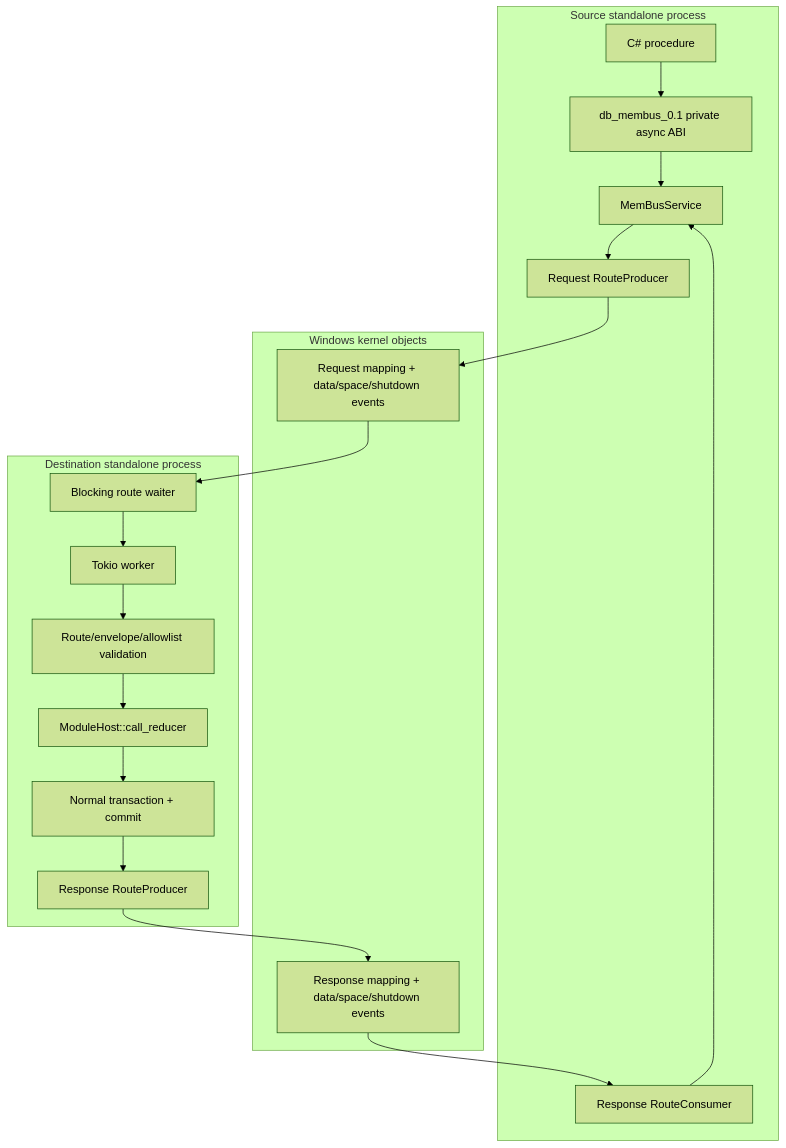
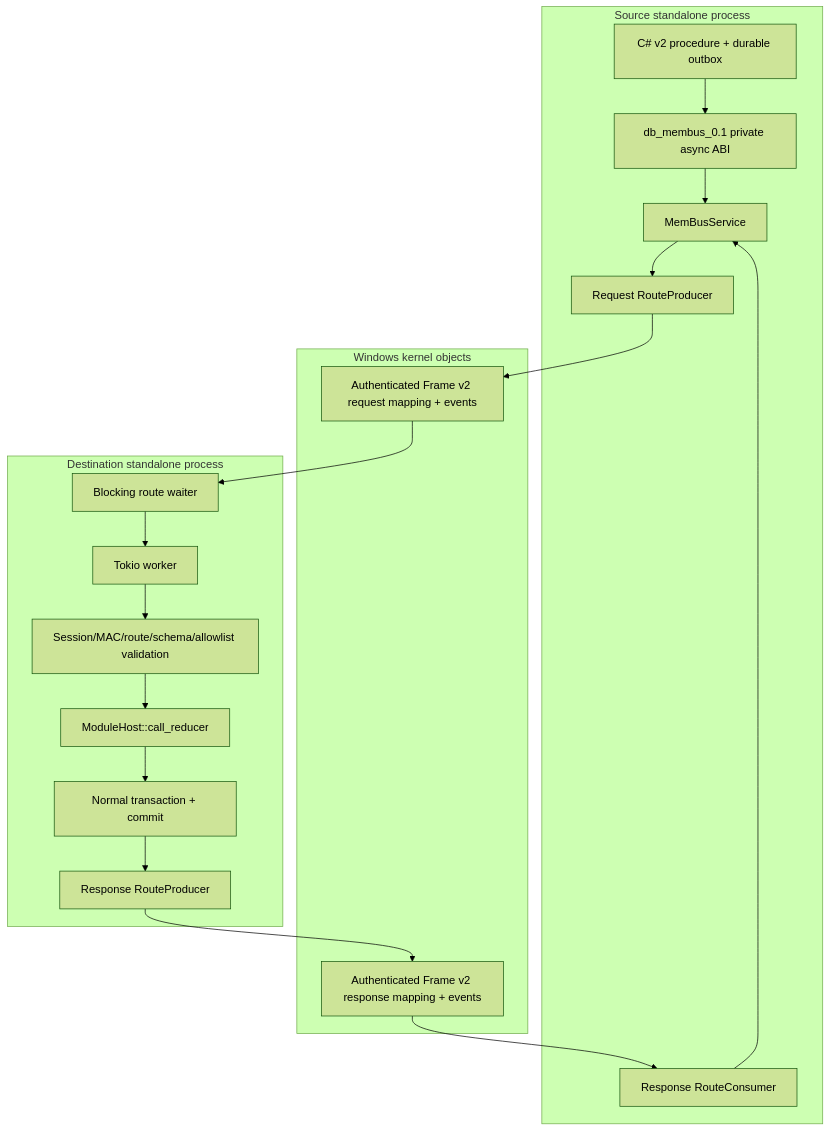
One commit to elcommendante/spacetimeDB-memBUS-release changed the diagram in documentation/architecture.md. Above: the diagram before and after it, drawn with Mermaid (forest theme). The commit also changed other lines of this file and 24 other files, not shown here.

````diff
--- a/documentation/architecture.md
+++ b/documentation/architecture.md
@@ -5,25 +5,25 @@
 ```mermaid
 flowchart TB
     subgraph Source["Source standalone process"]
-        P["C# procedure"] --> ABI["db_membus_0.1 private async ABI"]
+        P["C# v2 procedure + durable outbox"] --> ABI["db_membus_0.1 private async ABI"]
         ABI --> S["MemBusService"]
         S --> RP["Request RouteProducer"]
         RC["Response RouteConsumer"] --> S
     end
 
     subgraph Windows["Windows kernel objects"]
-        RQ["Request mapping + data/space/shutdown events"]
-        RS["Response mapping + data/space/shutdown events"]
+        RQ["Authenticated Frame v2 request mapping + events"]
+        RS["Authenticated Frame v2 response mapping + events"]
     end
 
     subgraph Destination["Destination standalone process"]
         DW["Blocking route waiter"] --> T["Tokio worker"]
-        T --> V["Route/envelope/allowlist validation"]
+        T --> V["Session/MAC/route/schema/allowlist validation"]
         V --> MH["ModuleHost::call_reducer"]
         MH --> TX["Normal transaction + commit"]
         TX --> AP["Response RouteProducer"]
     end
 
     RP --> RQ --> DW
     AP --> RS --> RC
 ```
````
